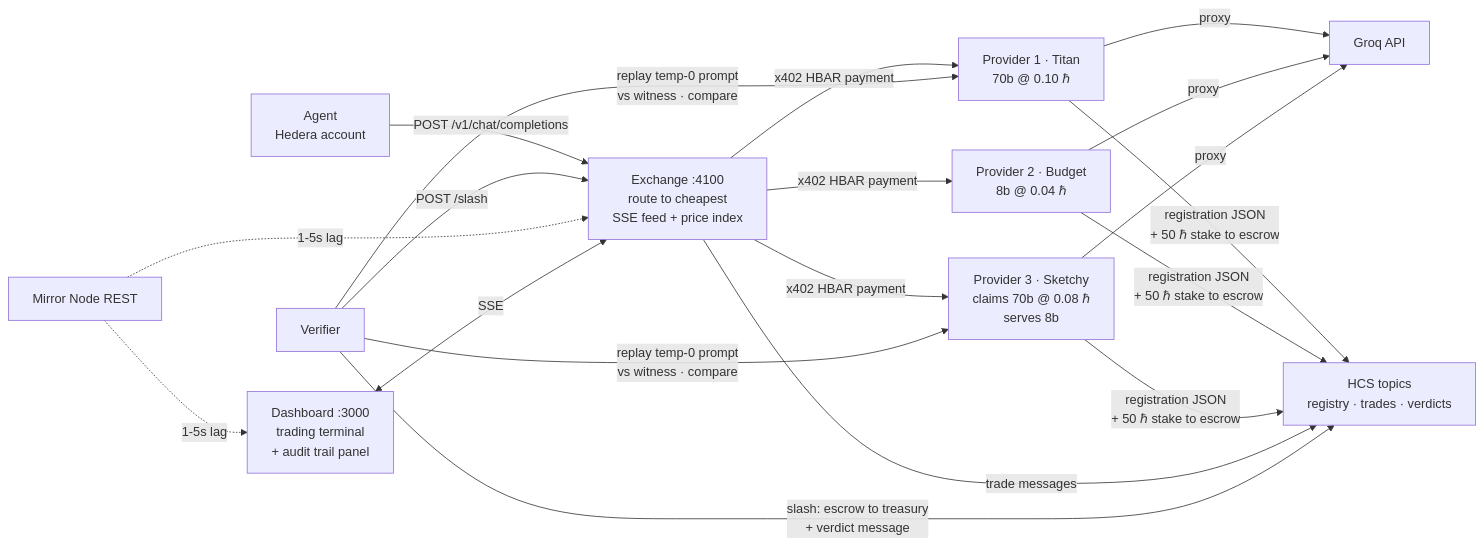
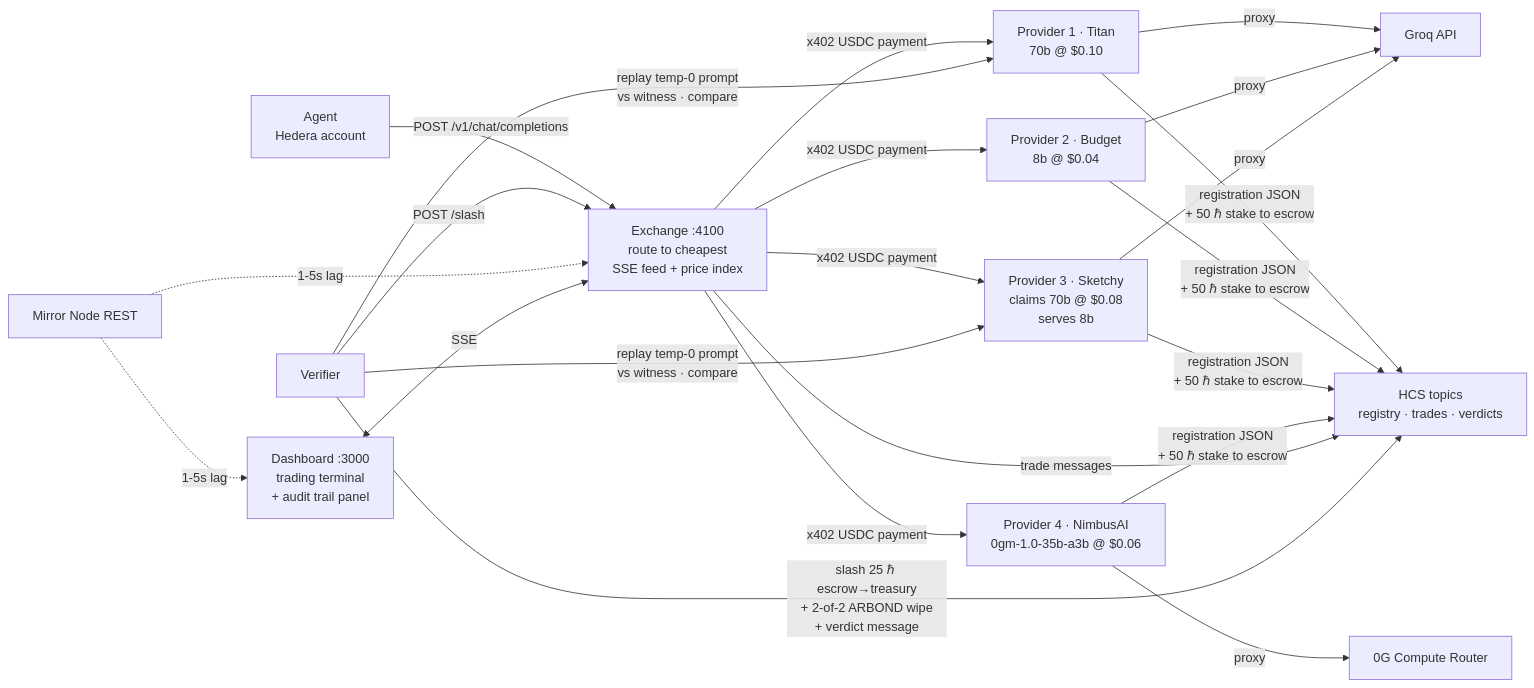
One commit to GigaHierz/ETH-global-lisbon-2026 changed the diagram in README.md. Above: the diagram before and after it, drawn with Mermaid. The commit also changed 9 other files, not shown here.

````diff
--- a/README.md
+++ b/README.md
@@ -43,15 +43,17 @@
 ```mermaid
 flowchart LR
     A[Agent<br/>Hedera account] -->|"POST /v1/chat/completions"| E[Exchange :4100<br/>route to cheapest<br/>SSE feed + price index]
-    E -->|"x402 HBAR payment"| P1[Provider 1 · Titan<br/>70b @ 0.10 ℏ]
-    E -->|"x402 HBAR payment"| P2[Provider 2 · Budget<br/>8b @ 0.04 ℏ]
-    E -->|"x402 HBAR payment"| P3[Provider 3 · Sketchy<br/>claims 70b @ 0.08 ℏ<br/>serves 8b]
+    E -->|"x402 USDC payment"| P1[Provider 1 · Titan<br/>70b @ $0.10]
+    E -->|"x402 USDC payment"| P2[Provider 2 · Budget<br/>8b @ $0.04]
+    E -->|"x402 USDC payment"| P3[Provider 3 · Sketchy<br/>claims 70b @ $0.08<br/>serves 8b]
+    E -->|"x402 USDC payment"| P4[Provider 4 · NimbusAI<br/>0gm-1.0-35b-a3b @ $0.06]
     P1 & P2 & P3 -->|proxy| G[Groq API]
-    P1 & P2 & P3 -->|"registration JSON<br/>+ 50 ℏ stake to escrow"| HCS[HCS topics<br/>registry · trades · verdicts]
+    P4 -->|proxy| Z[0G Compute Router]
+    P1 & P2 & P3 & P4 -->|"registration JSON<br/>+ 50 ℏ stake to escrow"| HCS[HCS topics<br/>registry · trades · verdicts]
     E -->|"trade messages"| HCS
     V[Verifier] -->|"replay temp-0 prompt<br/>vs witness · compare"| P1 & P3
-    V -->|"slash: escrow to treasury<br/>+ verdict message"| HCS
+    V -->|"slash 25 ℏ escrow→treasury<br/>+ 2-of-2 ARBOND wipe<br/>+ verdict message"| HCS
     V -->|"POST /slash"| E
     M[Mirror Node REST] -.->|"1-5s lag"| E & D
     D[Dashboard :3000<br/>trading terminal<br/>+ audit trail panel] <-->|SSE| E
 ```
````
